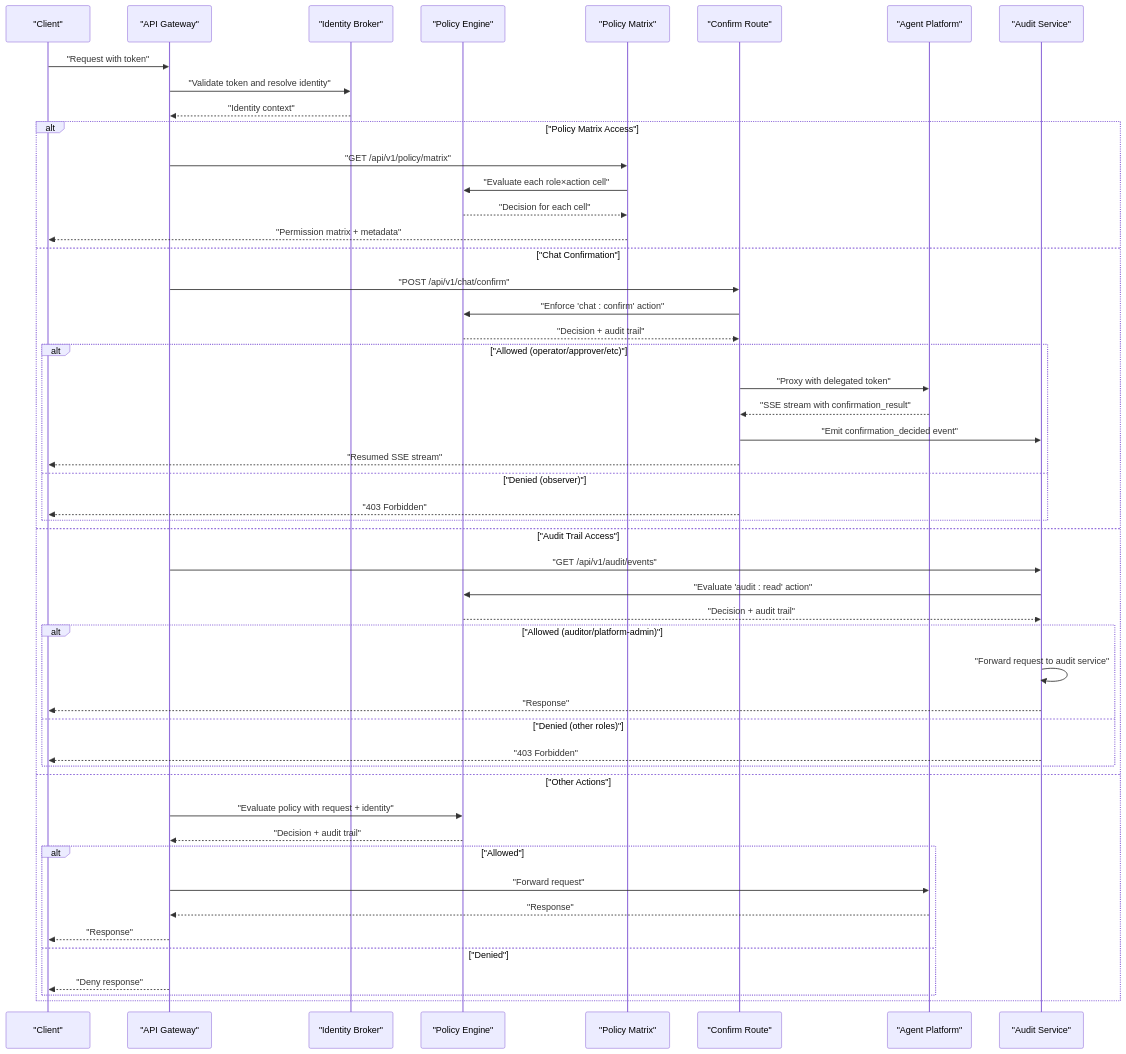
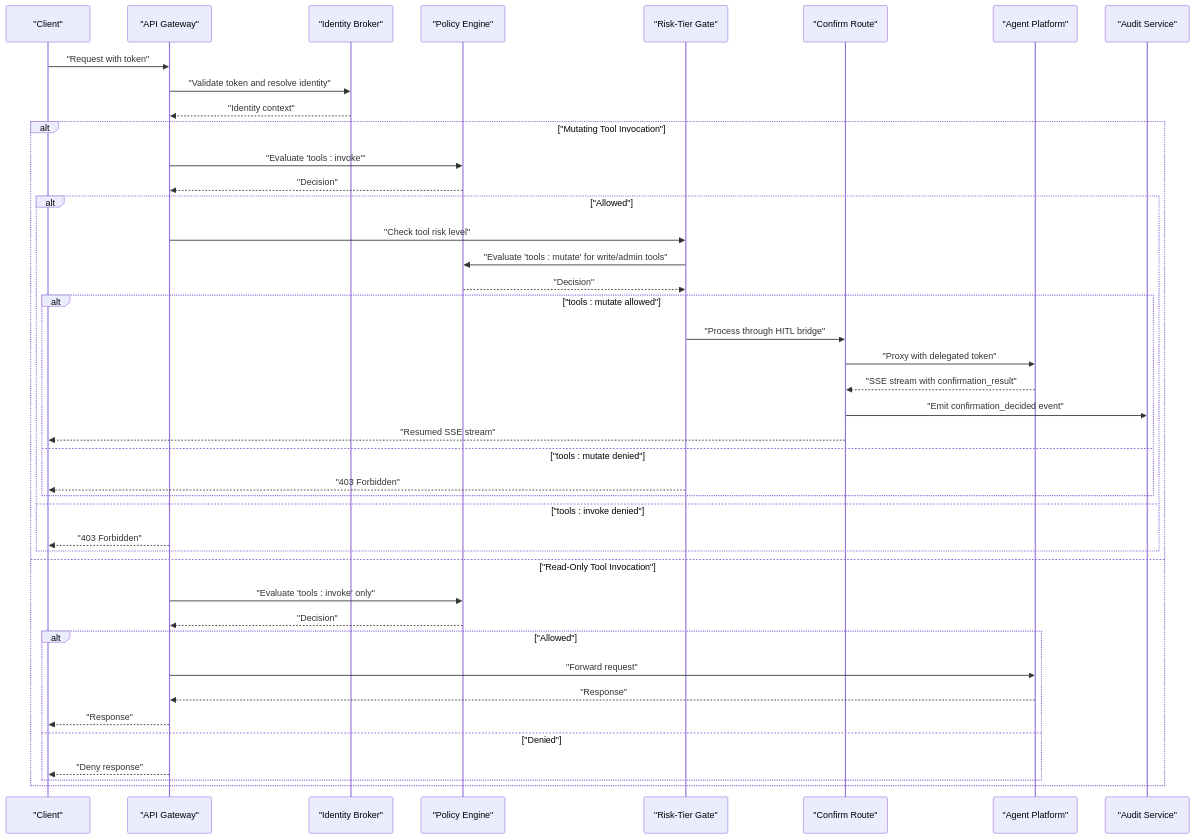
One commit to metasync/luban-aiops changed the second of 5 diagrams in .qoder/repowiki/en/content/Policy Management/Policy Management.md. Above: the diagram before and after it, drawn with Mermaid. The commit also changed other lines of this file and 43 other files, not shown here.

````diff
--- a/.qoder/repowiki/en/content/Policy Management/Policy Management.md
+++ b/.qoder/repowiki/en/content/Policy Management/Policy Management.md
@@ -232,52 +245,44 @@
 ```mermaid
 sequenceDiagram
 participant Client as "Client"
 participant Gateway as "API Gateway"
 participant Identity as "Identity Broker"
 participant Engine as "Policy Engine"
-participant Matrix as "Policy Matrix"
+participant RiskGate as "Risk-Tier Gate"
 participant Confirm as "Confirm Route"
 participant Agent as "Agent Platform"
 participant Audit as "Audit Service"
 Client->>Gateway : "Request with token"
 Gateway->>Identity : "Validate token and resolve identity"
 Identity-->>Gateway : "Identity context"
-alt "Policy Matrix Access"
-Gateway->>Matrix : "GET /api/v1/policy/matrix"
-Matrix->>Engine : "Evaluate each role×action cell"
-Engine-->>Matrix : "Decision for each cell"
-Matrix-->>Client : "Permission matrix + metadata"
-else "Chat Confirmation"
-Gateway->>Confirm : "POST /api/v1/chat/confirm"
-Confirm->>Engine : "Enforce 'chat : confirm' action"
-Engine-->>Confirm : "Decision + audit trail"
-alt "Allowed (operator/approver/etc)"
+alt "Mutating Tool Invocation"
+Gateway->>Engine : "Evaluate 'tools : invoke'"
+Engine-->>Gateway : "Decision"
+alt "Allowed"
+Gateway->>RiskGate : "Check tool risk level"
+RiskGate->>Engine : "Evaluate 'tools : mutate' for write/admin tools"
+Engine-->>RiskGate : "Decision"
+alt "tools : mutate allowed"
+RiskGate->>Confirm : "Process through HITL bridge"
 Confirm->>Agent : "Proxy with delegated token"
 Agent-->>Confirm : "SSE stream with confirmation_result"
 Confirm->>Audit : "Emit confirmation_decided event"
 Confirm-->>Client : "Resumed SSE stream"
-else "Denied (observer)"
-Confirm-->>Client : "403 Forbidden"
+else "tools : mutate denied"
+RiskGate-->>Client : "403 Forbidden"
 end
-else "Audit Trail Access"
-Gateway->>Audit : "GET /api/v1/audit/events"
-Audit->>Engine : "Evaluate 'audit : read' action"
-Engine-->>Audit : "Decision + audit trail"
-alt "Allowed (auditor/platform-admin)"
-Audit->>Audit : "Forward request to audit service"
-Audit-->>Client : "Response"
-else "Denied (other roles)"
-Audit-->>Client : "403 Forbidden"
+else "tools : invoke denied"
+Gateway-->>Client : "403 Forbidden"
 end
-else "Other Actions"
-Gateway->>Engine : "Evaluate policy with request + identity"
-Engine-->>Gateway : "Decision + audit trail"
+else "Read-Only Tool Invocation"
+Gateway->>Engine : "Evaluate 'tools : invoke' only"
+Engine-->>Gateway : "Decision"
 alt "Allowed"
 Gateway->>Agent : "Forward request"
 Agent-->>Gateway : "Response"
 Gateway-->>Client : "Response"
 else "Denied"
 Gateway-->>Client : "Deny response"
 end
 end
 ```
````
